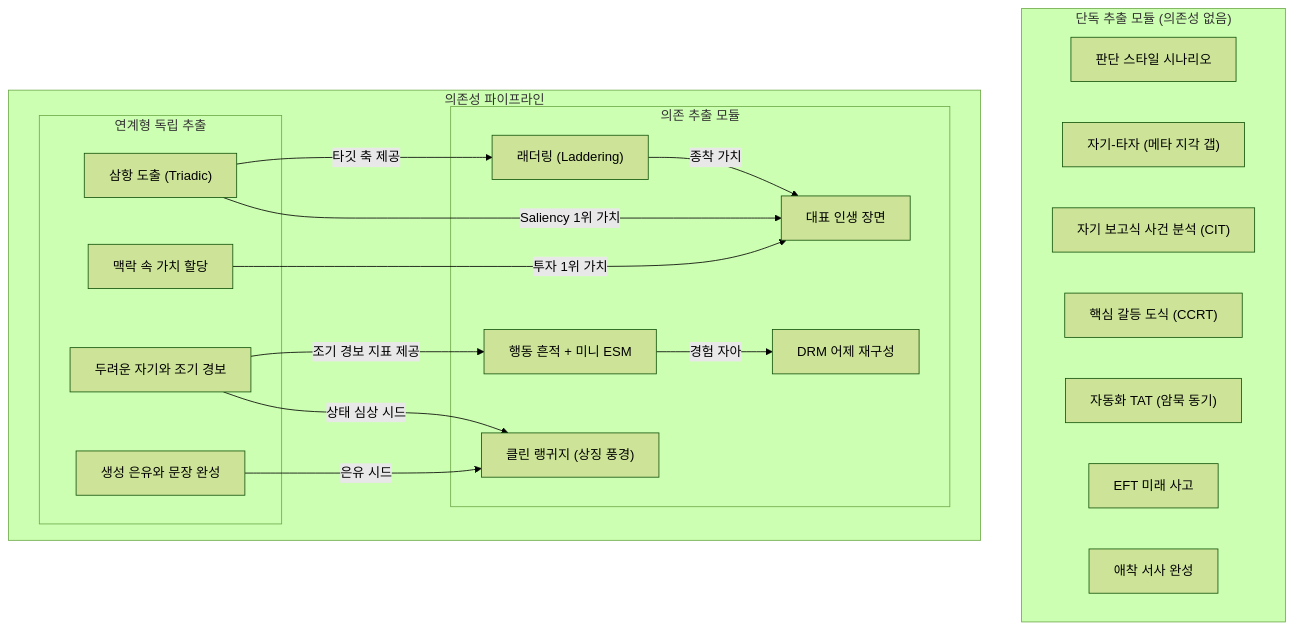
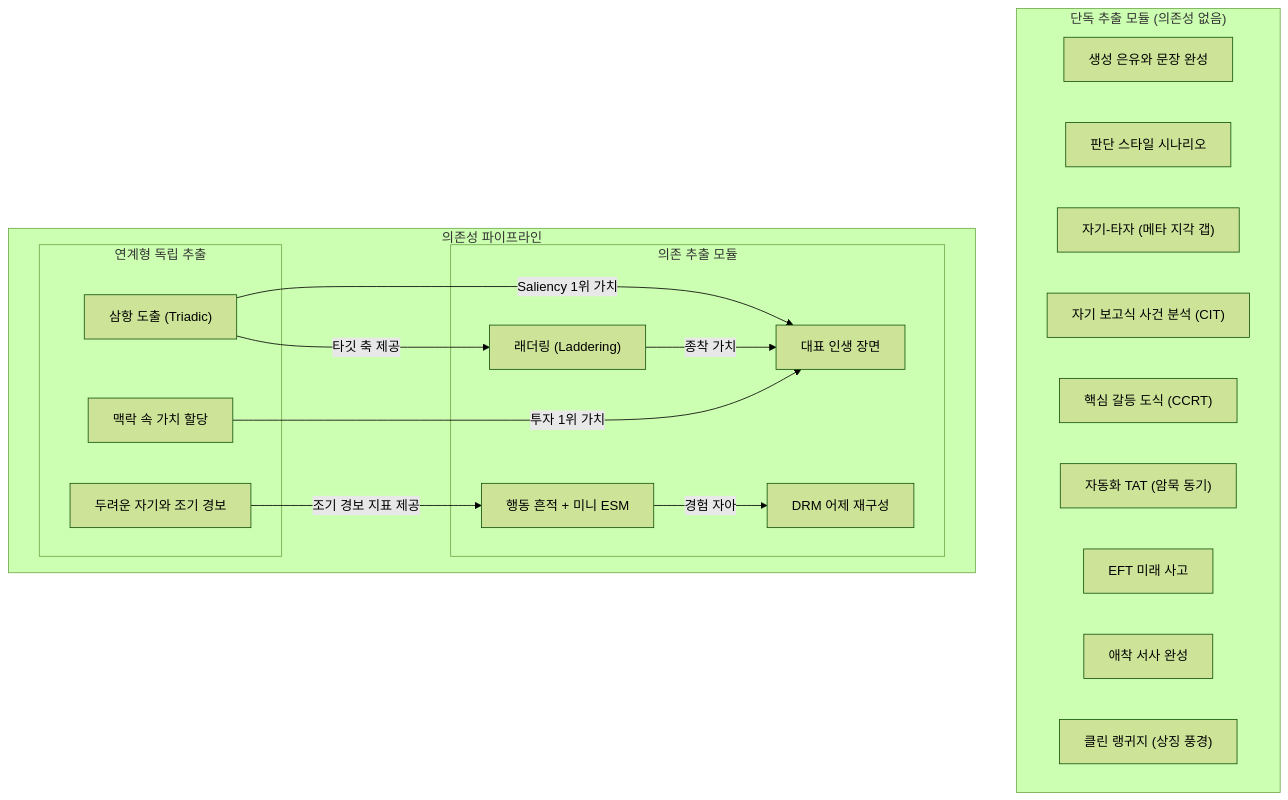
Before and after one commit to YiTanJang/extracting-the-human-mind: the diagram in Extracting the human mind.md, drawn with Mermaid (forest theme).

Commit message:
chore: move clean language and metaphor to standalone modules

````diff
--- a/Extracting the human mind.md
+++ b/Extracting the human mind.md
@@ -80,38 +80,36 @@
 ```mermaid
 graph TD
     subgraph "단독 추출 모듈 (의존성 없음)"
+        M1["생성 은유와 문장 완성"]
         M4["판단 스타일 시나리오"]
         M5["자기-타자 (메타 지각 갭)"]
         M6["자기 보고식 사건 분석 (CIT)"]
         M7["핵심 갈등 도식 (CCRT)"]
         M9["자동화 TAT (암묵 동기)"]
         M10["EFT 미래 사고"]
         M11["애착 서사 완성"]
+        D5["클린 랭귀지 (상징 풍경)"]
     end
 
     subgraph "의존성 파이프라인"
         subgraph "연계형 독립 추출"
-            M1["생성 은유와 문장 완성"]
             M2["맥락 속 가치 할당"]
             M3["두려운 자기와 조기 경보"]
             M8["삼항 도출 (Triadic)"]
         end
 
         subgraph "의존 추출 모듈"
             D1["래더링 (Laddering)"]
             D2["대표 인생 장면"]
             D3["행동 흔적 + 미니 ESM"]
             D4["DRM 어제 재구성"]
-            D5["클린 랭귀지 (상징 풍경)"]
         end
     end
 
     M8 -->|타깃 축 제공| D1
     M8 -->|Saliency 1위 가치| D2
     D1 -->|종착 가치| D2
     M2 -->|투자 1위 가치| D2
     M3 -->|조기 경보 지표 제공| D3
     D3 -->|경험 자아| D4
-    M1 -->|은유 시드| D5
-    M3 -->|상태 심상 시드| D5
 ```
````
